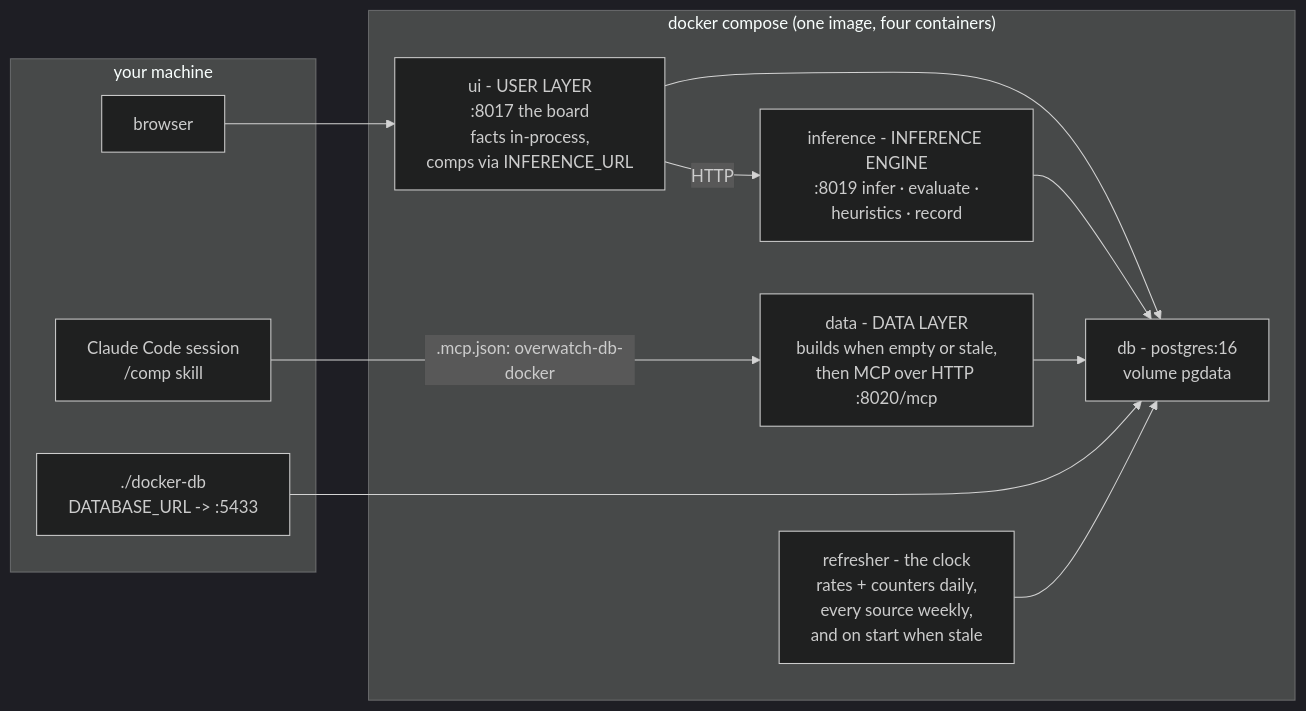
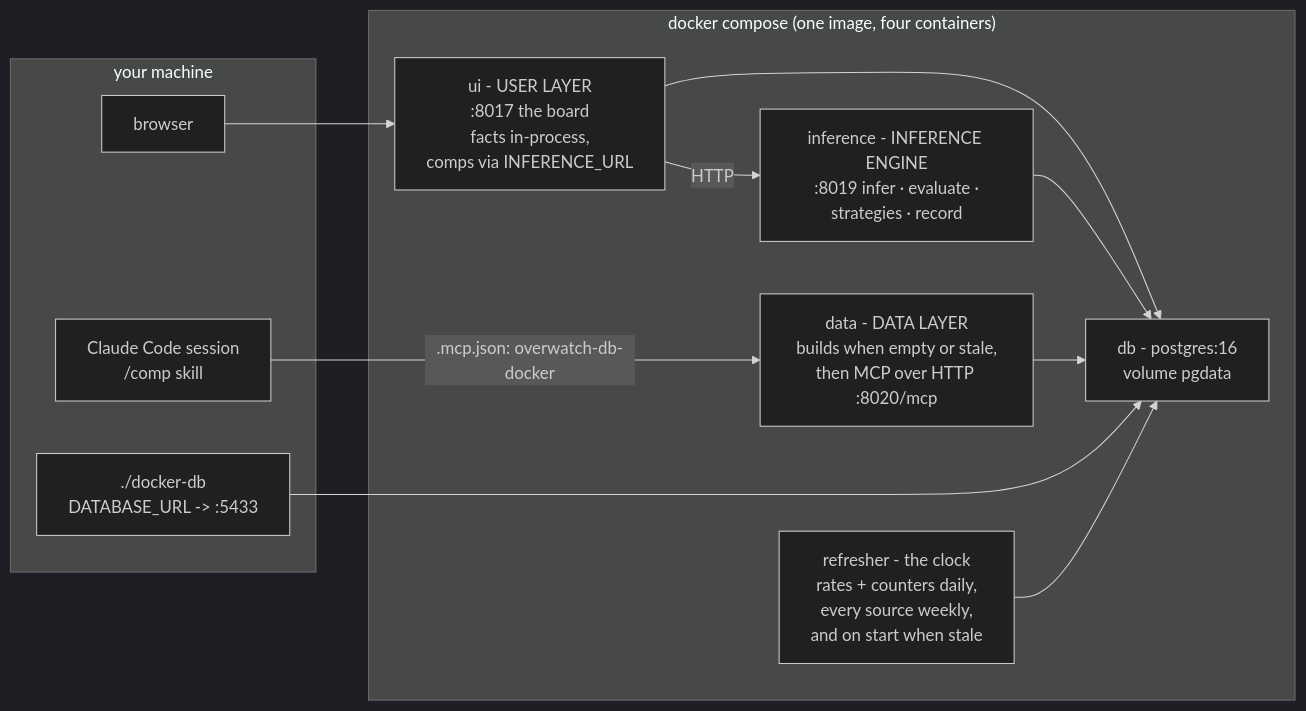
One commit to mmikol/counter-utility-matrix changed the sixth of 6 diagrams in docs/architecture.md. Above: the diagram before and after it, drawn with Mermaid (dark theme). The commit also changed other lines of this file and 179 other files, not shown here.

````diff
--- a/docs/architecture.md
+++ b/docs/architecture.md
@@ -173,23 +177,23 @@
 ```mermaid
 flowchart LR
     subgraph HOST["your machine"]
         SESSION["Claude Code session<br/>/comp skill"]
         BROWSER["browser"]
         SHELL["./docker-db<br/>DATABASE_URL -> :5433"]
     end
     subgraph DOCKER["docker compose (one image, four containers)"]
         DATA["data - DATA LAYER<br/>builds when empty or stale,<br/>then MCP over HTTP :8020/mcp"]
-        INF["inference - INFERENCE ENGINE<br/>:8019 infer · evaluate ·<br/>heuristics · record"]
+        INF["inference - INFERENCE ENGINE<br/>:8019 infer · evaluate ·<br/>strategies · record"]
         UI["ui - USER LAYER<br/>:8017 the board<br/>facts in-process,<br/>comps via INFERENCE_URL"]
         DBC["db - postgres:16<br/>volume pgdata"]
         REF["refresher - the clock<br/>rates + counters daily,<br/>every source weekly,<br/>and on start when stale"]
     end
     SESSION -->|".mcp.json: overwatch-db-docker"| DATA
     BROWSER --> UI
     UI -->|"HTTP"| INF
     UI --> DBC
     INF --> DBC
     DATA --> DBC
     SHELL --> DBC
     REF --> DBC
 ```
````
